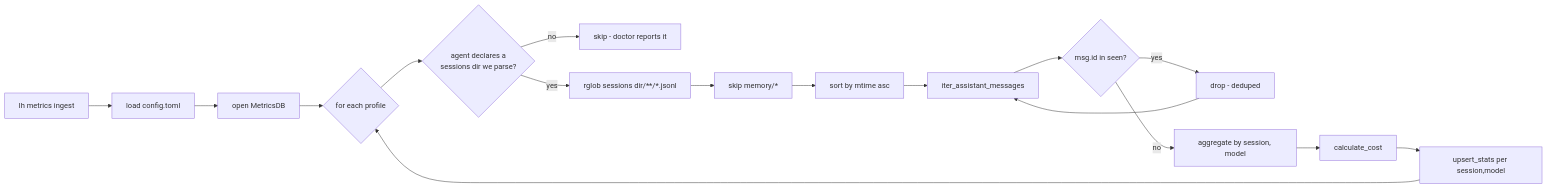
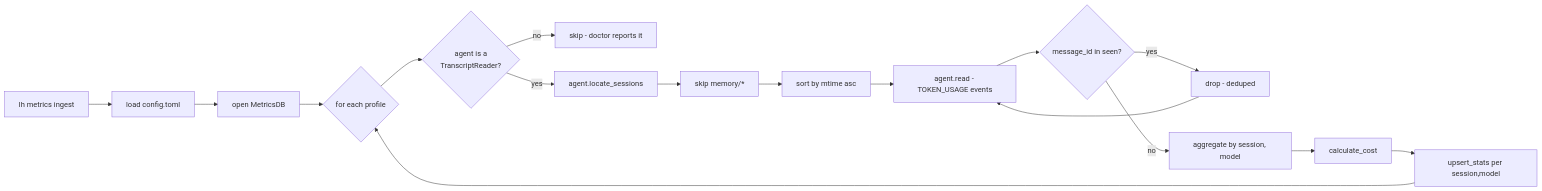
Before and after one commit to lazynet/lazy-harness: the diagram in docs/how/metrics-ingest.md, drawn with Mermaid. The commit also changed other lines of this file and 18 other files, not shown here.

First line of the commit message:
feat: TranscriptReader carries model, message id and the cache TTL split; ingest meters Codex through its reader (ADR-053, supersedes ADR-051) (#368)

````diff
--- a/docs/how/metrics-ingest.md
+++ b/docs/how/metrics-ingest.md
@@ -26,19 +26,19 @@
 ```mermaid
 flowchart LR
   A[lh metrics ingest] --> B[load config.toml]
   B --> C[open MetricsDB]
   C --> D{for each profile}
-  D --> D2{agent declares a\nsessions dir we parse?}
+  D --> D2{agent is a\nTranscriptReader?}
   D2 -- no --> D3[skip - doctor reports it]
-  D2 -- yes --> E[rglob sessions dir/**/*.jsonl]
+  D2 -- yes --> E[agent.locate_sessions]
   E --> F[skip memory/*]
   F --> G[sort by mtime asc]
-  G --> H[iter_assistant_messages]
-  H --> I{msg.id in seen?}
+  G --> H[agent.read - TOKEN_USAGE events]
+  H --> I{message_id in seen?}
   I -- yes --> J[drop - deduped]
   I -- no --> K[aggregate by session, model]
   K --> L[calculate_cost]
   L --> M[upsert_stats per session,model]
   J --> H
   M --> D
 ```
````
